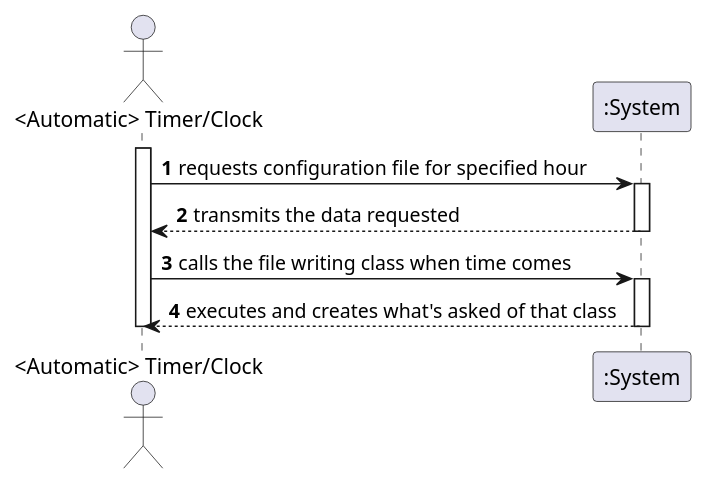
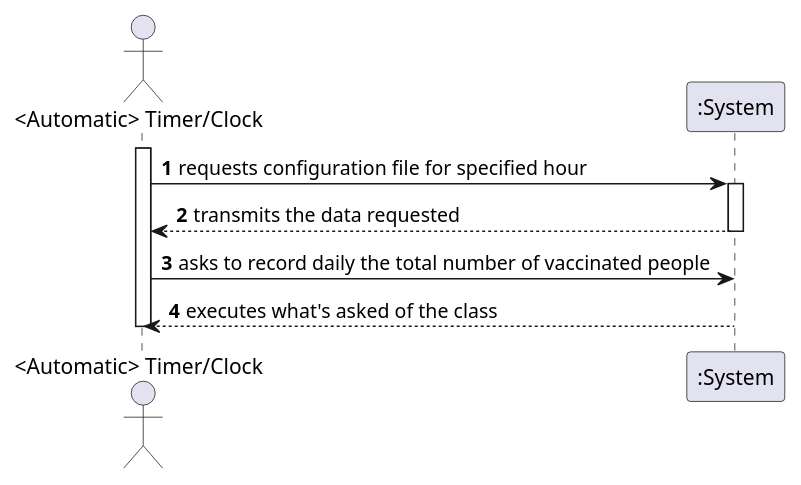
Before and after one commit to PedroMesquita1211171/VaccinationManager: the diagram in docs/SprintD/US/US6/US006_SSD.puml, drawn with PlantUML. The commit also changed 12 other files, not shown here.

```diff
--- a/docs/SprintD/US/US6/US006_SSD.puml
+++ b/docs/SprintD/US/US6/US006_SSD.puml
@@ -1,19 +1,18 @@
 @startuml
 autonumber
 actor "<Automatic> Timer/Clock"  as OE
 
 activate OE
 OE -> ":System" : requests configuration file for specified hour
 activate ":System"
 ":System" --> OE : transmits the data requested
 deactivate ":System"
 
-OE -> ":System" : calls the file writing class when time comes
-activate ":System"
-":System" --> OE : executes and creates what's asked of that class
+OE -> ":System" : asks to record daily the total number of vaccinated people
+":System" --> OE : executes what's asked of the class
 deactivate ":System"
 
 
 deactivate OE
 
 @enduml
```
